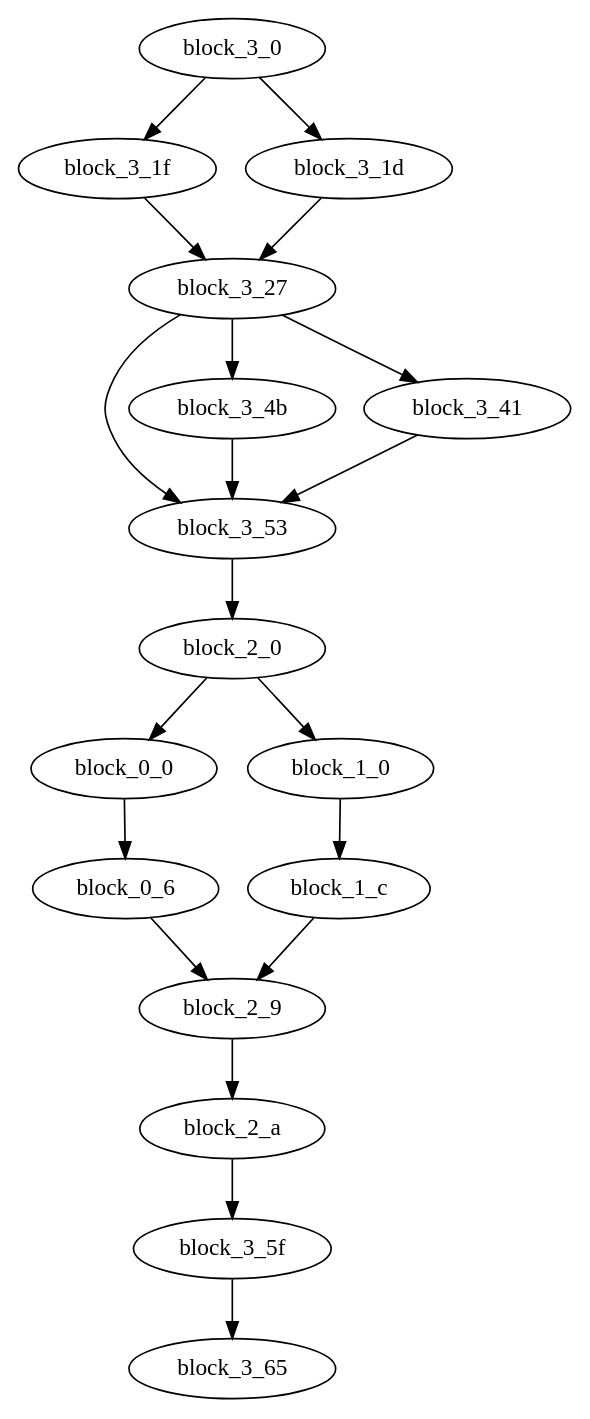
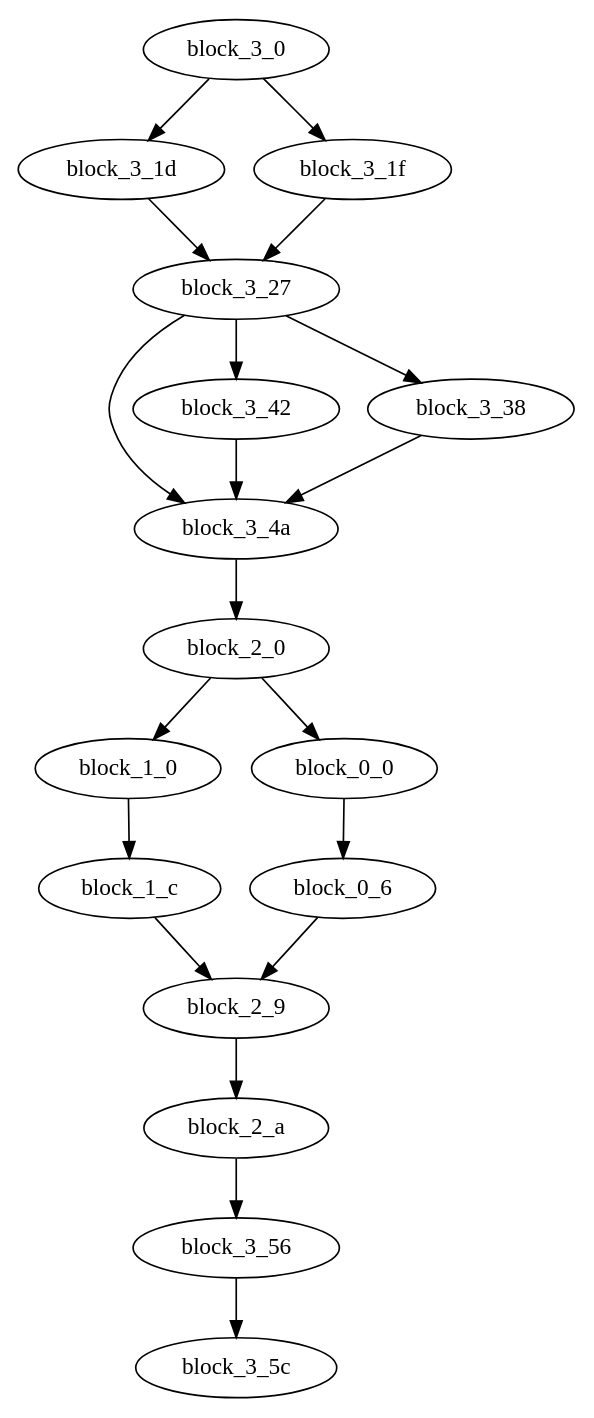
Before and after one commit to 1874834431/SeeWasm: the diagram in wasm_ICFG.gv, drawn with Graphviz. The commit also changed 8 other files, not shown here.

```diff
--- a/wasm_ICFG.gv
+++ b/wasm_ICFG.gv
@@ -1,62 +1,62 @@
 digraph "wasm_ICFG.gv" {
 	rankdir=TB
 	subgraph global {
-		block_3_5f
-		block_3_65
-		block_3_5f -> block_3_65
+		block_3_4a
+		block_2_0
+		block_3_4a -> block_2_0
+		block_3_56
+		block_3_5c
+		block_3_56 -> block_3_5c
+		block_0_6
+		block_2_9
+		block_0_6 -> block_2_9
+		block_3_42
+		block_3_4a
+		block_3_42 -> block_3_4a
+		block_3_27
+		block_3_38
+		block_3_27 -> block_3_38
+		block_1_c
+		block_2_9
+		block_1_c -> block_2_9
+		block_3_27
+		block_3_42
+		block_3_27 -> block_3_42
+		block_2_9
+		block_2_a
+		block_2_9 -> block_2_a
+		block_3_0
+		block_3_1d
+		block_3_0 -> block_3_1d
+		block_1_0
+		block_1_c
+		block_1_0 -> block_1_c
+		block_3_0
+		block_3_1f
+		block_3_0 -> block_3_1f
+		block_3_27
+		block_3_4a
+		block_3_27 -> block_3_4a
+		block_3_38
+		block_3_4a
+		block_3_38 -> block_3_4a
+		block_2_a
+		block_3_56
+		block_2_a -> block_3_56
 		block_3_1f
 		block_3_27
 		block_3_1f -> block_3_27
-		block_0_6
-		block_2_9
-		block_0_6 -> block_2_9
-		block_3_27
-		block_3_53
-		block_3_27 -> block_3_53
-		block_3_4b
-		block_3_53
-		block_3_4b -> block_3_53
-		block_3_41
-		block_3_53
-		block_3_41 -> block_3_53
-		block_2_9
-		block_2_a
-		block_2_9 -> block_2_a
-		block_3_53
-		block_2_0
-		block_3_53 -> block_2_0
-		block_3_0
-		block_3_1d
-		block_3_0 -> block_3_1d
 		block_0_0
 		block_0_6
 		block_0_0 -> block_0_6
-		block_2_a
-		block_3_5f
-		block_2_a -> block_3_5f
 		block_2_0
 		block_1_0
 		block_2_0 -> block_1_0
-		block_3_0
-		block_3_1f
-		block_3_0 -> block_3_1f
+		block_3_1d
+		block_3_27
+		block_3_1d -> block_3_27
 		block_2_0
 		block_0_0
 		block_2_0 -> block_0_0
-		block_3_1d
-		block_3_27
-		block_3_1d -> block_3_27
-		block_3_27
-		block_3_4b
-		block_3_27 -> block_3_4b
-		block_3_27
-		block_3_41
-		block_3_27 -> block_3_41
-		block_1_0
-		block_1_c
-		block_1_0 -> block_1_c
-		block_1_c
-		block_2_9
-		block_1_c -> block_2_9
 	}
 }
```
